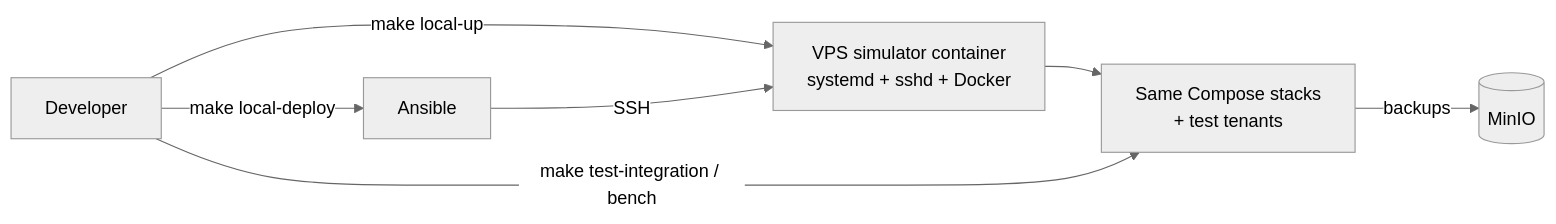
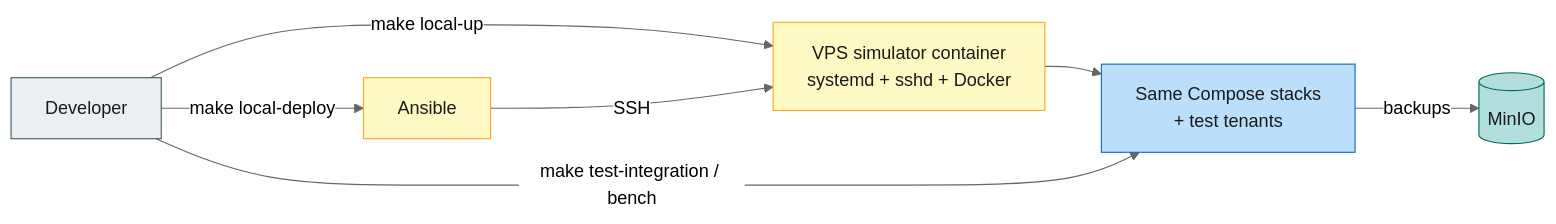
Before and after one commit to varunpathania86/nigu-lite: diagram 18 of 23 in master-plan.md, drawn with Mermaid (neutral theme). The commit also changed other lines of this file and 38 other files, not shown here.

````diff
--- a/master-plan.md
+++ b/master-plan.md
@@ -1117,8 +1213,16 @@
 ```mermaid
 flowchart LR
   DEV[Developer] -->|make local-up| SIM[VPS simulator container<br/>systemd + sshd + Docker]
   DEV -->|make local-deploy| ANS[Ansible] -->|SSH| SIM
   SIM --> STACK[Same Compose stacks<br/>+ test tenants]
   STACK -->|backups| MINIO[(MinIO)]
   DEV -->|make test-integration / bench| STACK
+  class DEV user
+  class STACK app
+  class MINIO data
+  class SIM,ANS tool
+  classDef user fill:#eceff1,stroke:#455a64,color:#1a1a1a
+  classDef app fill:#bbdefb,stroke:#1565c0,color:#1a1a1a
+  classDef data fill:#b2dfdb,stroke:#00695c,color:#1a1a1a
+  classDef tool fill:#fff9c4,stroke:#f9a825,color:#1a1a1a
 ```
````
